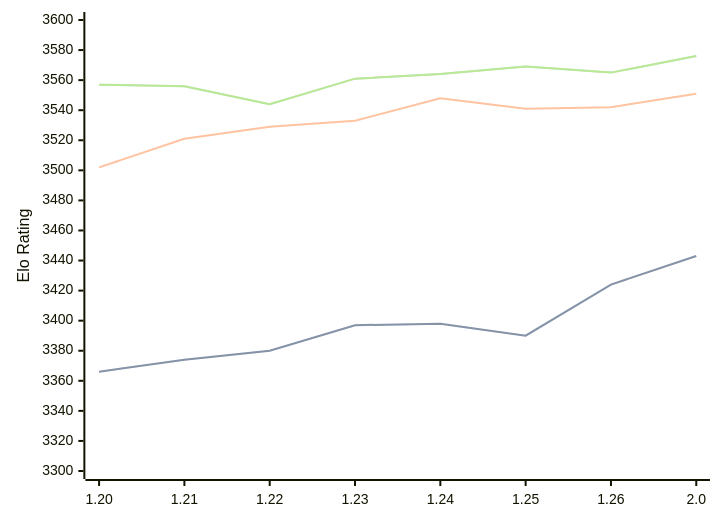
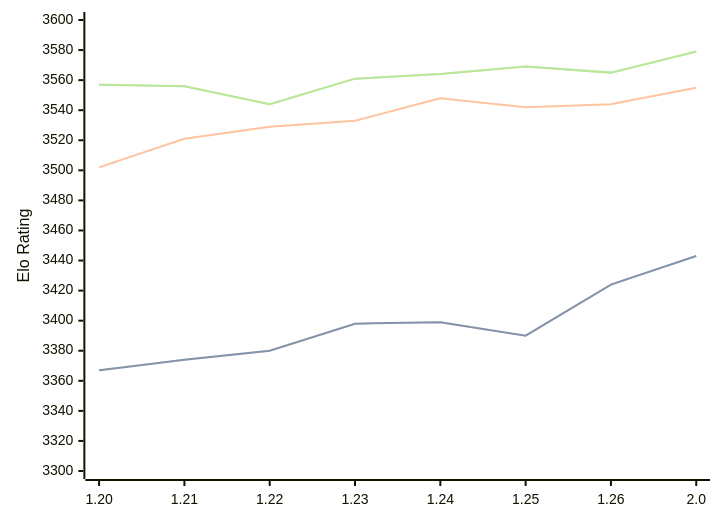
Before and after one commit to computer-chess-index/cci: the diagram in engines/Caissa.md, drawn with Mermaid. The commit also changed other lines of this file, not shown here.

Commit message:
Update CCI Ratings (ELO VLTC) - 2026-10-08

````diff
--- a/engines/Caissa.md
+++ b/engines/Caissa.md
@@ -38,11 +38,11 @@
 ```mermaid
 %%{init: {"theme":"base","themeVariables":{"seriesColors:['#a3a3a3','#222221','#faa371']}}}%%
 xychart-beta
   x-axis ["1.20", "1.21", "1.22", "1.23", "1.24", "1.25", "1.26", "2.0"]
   y-axis "Elo Rating" 3300 --> 3600
-  line "" [3366, 3374, 3380, 3397, 3398, 3390, 3424, 3443]
-  line "STC (8.0+0.08s)" [3366, 3374, 3380, 3397, 3398, 3390, 3424, 3443]
-  line "LTC (60.0+0.60s)" [3502, 3521, 3529, 3533, 3548, 3541, 3542, 3551]
-  line "" [3557, 3556, 3544, 3561, 3564, 3569, 3565, 3576]
-  line "VLTC (2m24s+1.12s)" [3557, 3556, 3544, 3561, 3564, 3569, 3565, 3576]
+  line "" [3367, 3374, 3380, 3398, 3399, 3390, 3424, 3443]
+  line "STC (8.0+0.08s)" [3367, 3374, 3380, 3398, 3399, 3390, 3424, 3443]
+  line "LTC (60.0+0.60s)" [3502, 3521, 3529, 3533, 3548, 3542, 3544, 3555]
+  line "" [3557, 3556, 3544, 3561, 3564, 3569, 3565, 3579]
+  line "VLTC (2m24s+1.12s)" [3557, 3556, 3544, 3561, 3564, 3569, 3565, 3579]
 ```
````
